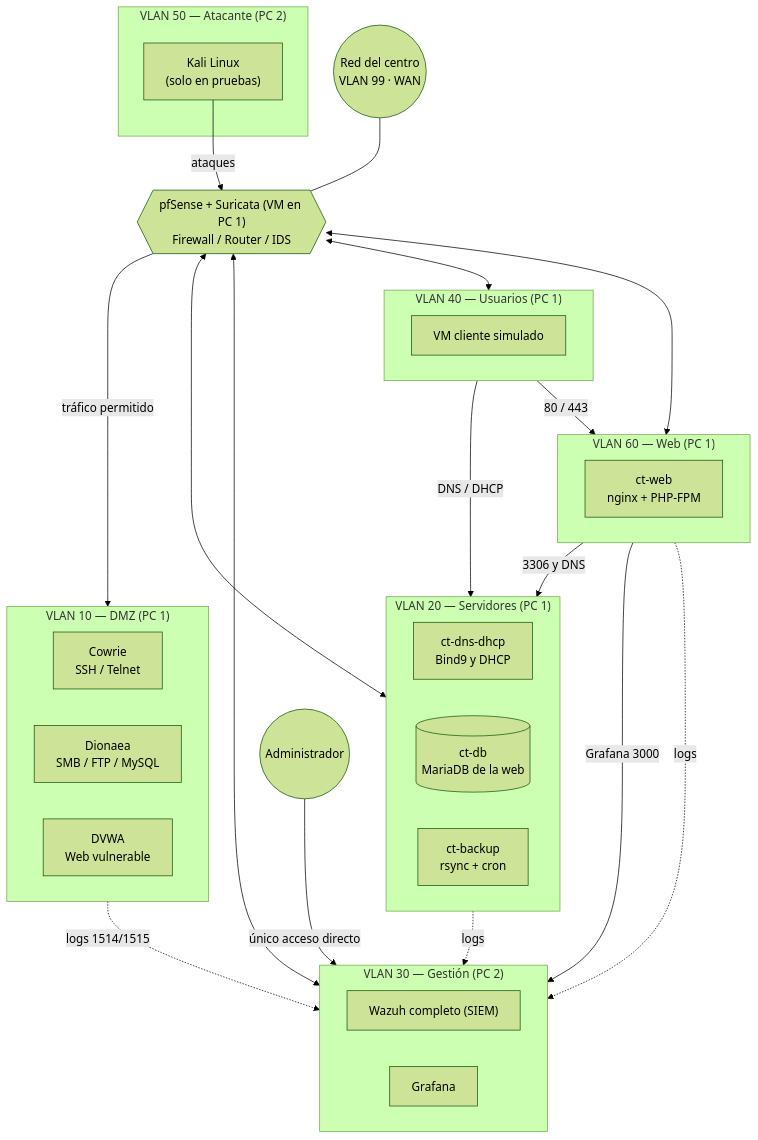
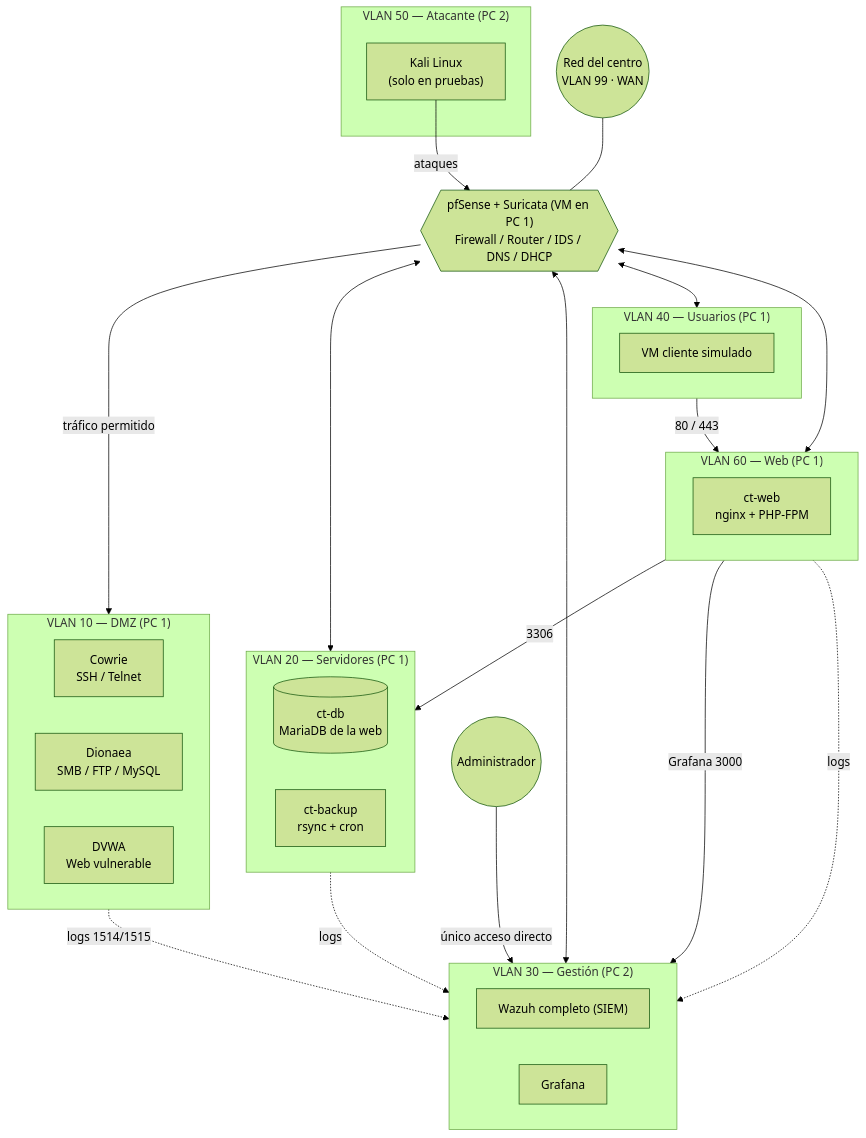
Before and after one commit to alexnaranjooo/APUNTES-ASIX: the diagram in docs/honeynet/introduccion-al-proyecto/diagrama-de-red.md, drawn with Mermaid (forest theme). The commit also changed other lines of this file and 11 other files, not shown here.

Commit message:
GITBOOK-97: DNS y DHCP en pfSense: documentación al día

````diff
--- a/docs/honeynet/introduccion-al-proyecto/diagrama-de-red.md
+++ b/docs/honeynet/introduccion-al-proyecto/diagrama-de-red.md
@@ -11,55 +11,53 @@
 ```mermaid
 flowchart TB
     INTERNET(("Red del centro<br/>VLAN 99 · WAN"))
 
-    PF{{"pfSense + Suricata (VM en PC 1)<br/>Firewall / Router / IDS"}}
+    PF{{"pfSense + Suricata (VM en PC 1)<br/>Firewall / Router / IDS / DNS / DHCP"}}
 
     subgraph ATK["VLAN 50 — Atacante (PC 2)"]
         KALI["Kali Linux<br/>(solo en pruebas)"]
     end
 
     subgraph DMZ["VLAN 10 — DMZ (PC 1)"]
         COWRIE["Cowrie<br/>SSH / Telnet"]
         DIONAEA["Dionaea<br/>SMB / FTP / MySQL"]
         DVWA["DVWA<br/>Web vulnerable"]
     end
 
     subgraph SRV["VLAN 20 — Servidores (PC 1)"]
-        DNS["ct-dns-dhcp<br/>Bind9 y DHCP"]
         MYSQL[("ct-db<br/>MariaDB de la web")]
         BACKUP["ct-backup<br/>rsync + cron"]
     end
 
     subgraph MGMT["VLAN 30 — Gestión (PC 2)"]
         WAZUH["Wazuh completo (SIEM)"]
         GRAFANA["Grafana"]
     end
 
     subgraph USERS["VLAN 40 — Usuarios (PC 1)"]
         CLIENT["VM cliente simulado"]
     end
 
     subgraph WEB["VLAN 60 — Web (PC 1)"]
         NGINX["ct-web<br/>nginx + PHP-FPM"]
     end
 
     ADMIN(("Administrador"))
 
     INTERNET --- PF
     KALI -- "ataques" --> PF
     PF -- "tráfico permitido" --> DMZ
     PF <--> SRV
     PF <--> MGMT
     PF <--> USERS
     PF <--> WEB
 
-    USERS -- "DNS / DHCP" --> SRV
     USERS -- "80 / 443" --> WEB
-    WEB -- "3306 y DNS" --> SRV
+    WEB -- "3306" --> SRV
     WEB -- "Grafana 3000" --> MGMT
     ADMIN -- "único acceso directo" --> MGMT
 
     DMZ -. "logs 1514/1515" .-> MGMT
     SRV -. "logs" .-> MGMT
     WEB -. "logs" .-> MGMT
 ```
````
